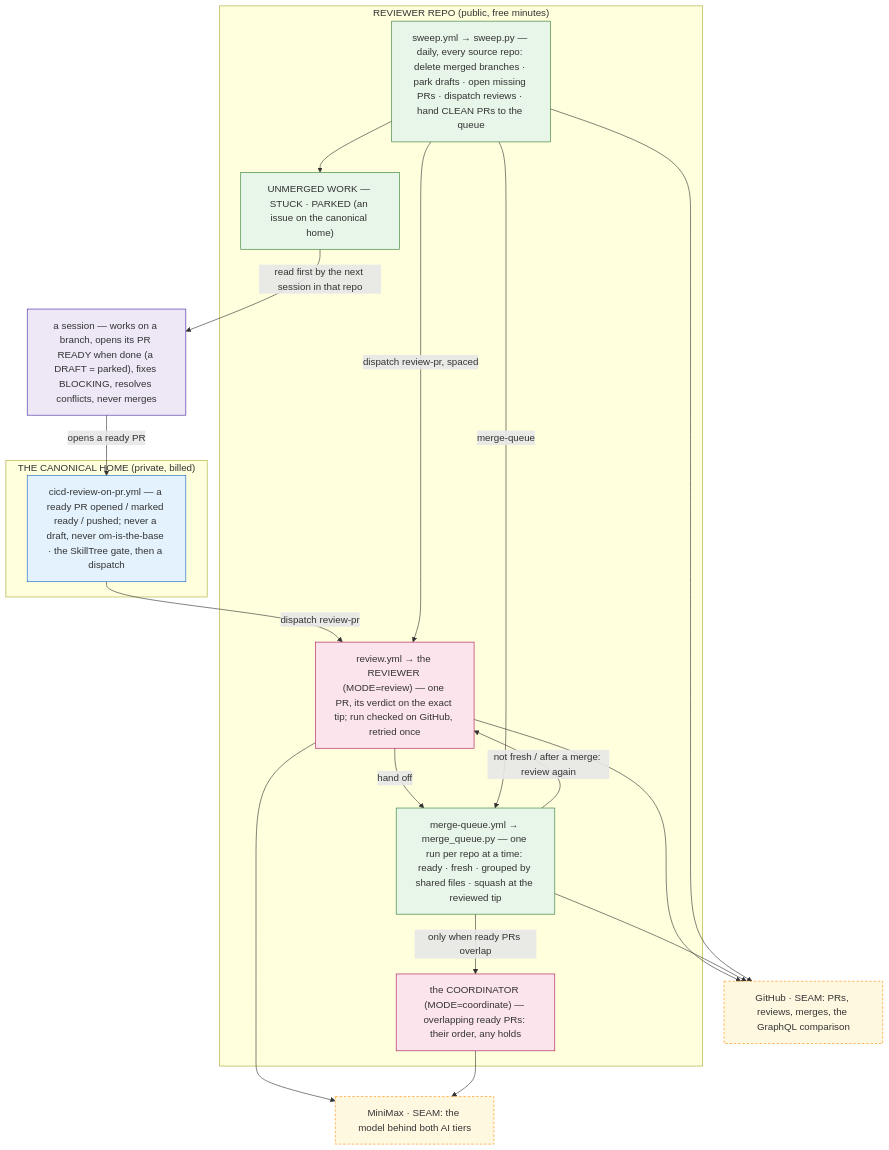
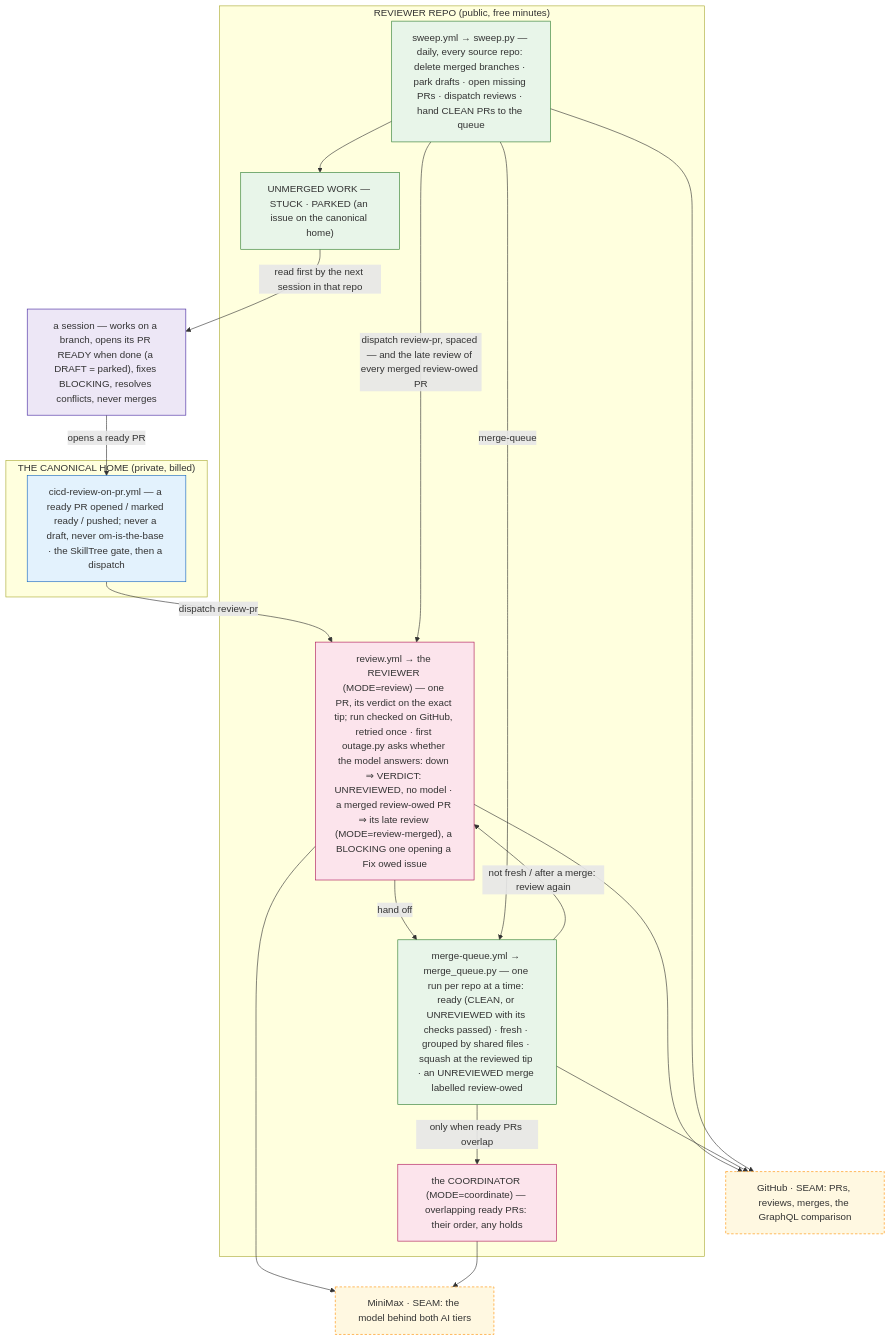
One commit to sancovp/cicd-reviewer changed the diagram in .claude/rules/21-architecture-diagrams.md. Above: the diagram before and after it, drawn with Mermaid. The commit also changed 15 other files, not shown here.

````diff
--- a/.claude/rules/21-architecture-diagrams.md
+++ b/.claude/rules/21-architecture-diagrams.md
@@ -10,37 +10,37 @@
 ```mermaid
 flowchart TB
   classDef session fill:#ede7f6,stroke:#4527a0;
   classDef trig fill:#e3f2fd,stroke:#1565c0;
   classDef ai fill:#fce4ec,stroke:#ad1457;
   classDef det fill:#e8f5e9,stroke:#2e7d32;
   classDef dep fill:#fff8e1,stroke:#ff8f00,stroke-dasharray:4 3;
 
   SESSION["a session — works on a branch, opens its PR READY when done (a DRAFT = parked), fixes BLOCKING, resolves conflicts, never merges"]:::session
   subgraph HOME["THE CANONICAL HOME (private, billed)"]
     TRIG["cicd-review-on-pr.yml — a ready PR opened / marked ready / pushed; never a draft, never om-is-the-base · the SkillTree gate, then a dispatch"]:::trig
   end
   subgraph REV["REVIEWER REPO (public, free minutes)"]
-    REVIEW["review.yml → the REVIEWER (MODE=review) — one PR, its verdict on the exact tip; run checked on GitHub, retried once"]:::ai
-    QUEUE["merge-queue.yml → merge_queue.py — one run per repo at a time: ready · fresh · grouped by shared files · squash at the reviewed tip"]:::det
+    REVIEW["review.yml → the REVIEWER (MODE=review) — one PR, its verdict on the exact tip; run checked on GitHub, retried once · first outage.py asks whether the model answers: down ⇒ VERDICT: UNREVIEWED, no model · a merged review-owed PR ⇒ its late review (MODE=review-merged), a BLOCKING one opening a Fix owed issue"]:::ai
+    QUEUE["merge-queue.yml → merge_queue.py — one run per repo at a time: ready (CLEAN, or UNREVIEWED with its checks passed) · fresh · grouped by shared files · squash at the reviewed tip · an UNREVIEWED merge labelled review-owed"]:::det
     COORD["the COORDINATOR (MODE=coordinate) — overlapping ready PRs: their order, any holds"]:::ai
     SWEEP["sweep.yml → sweep.py — daily, every source repo: delete merged branches · park drafts · open missing PRs · dispatch reviews · hand CLEAN PRs to the queue"]:::det
     ISSUE["UNMERGED WORK — STUCK · PARKED (an issue on the canonical home)"]:::det
   end
   GH["GitHub · SEAM: PRs, reviews, merges, the GraphQL comparison"]:::dep
   MODEL["MiniMax · SEAM: the model behind both AI tiers"]:::dep
 
   SESSION -->|"opens a ready PR"| TRIG
   TRIG -->|"dispatch review-pr"| REVIEW
   REVIEW -->|"hand off"| QUEUE
   QUEUE -->|"only when ready PRs overlap"| COORD
   QUEUE -->|"not fresh / after a merge: review again"| REVIEW
-  SWEEP -->|"dispatch review-pr, spaced"| REVIEW
+  SWEEP -->|"dispatch review-pr, spaced — and the late review of every merged review-owed PR"| REVIEW
   SWEEP -->|"merge-queue"| QUEUE
   SWEEP --> ISSUE
   ISSUE -->|"read first by the next session in that repo"| SESSION
   REVIEW --> GH
   QUEUE --> GH
   SWEEP --> GH
   REVIEW --> MODEL
   COORD --> MODEL
 ```
````
